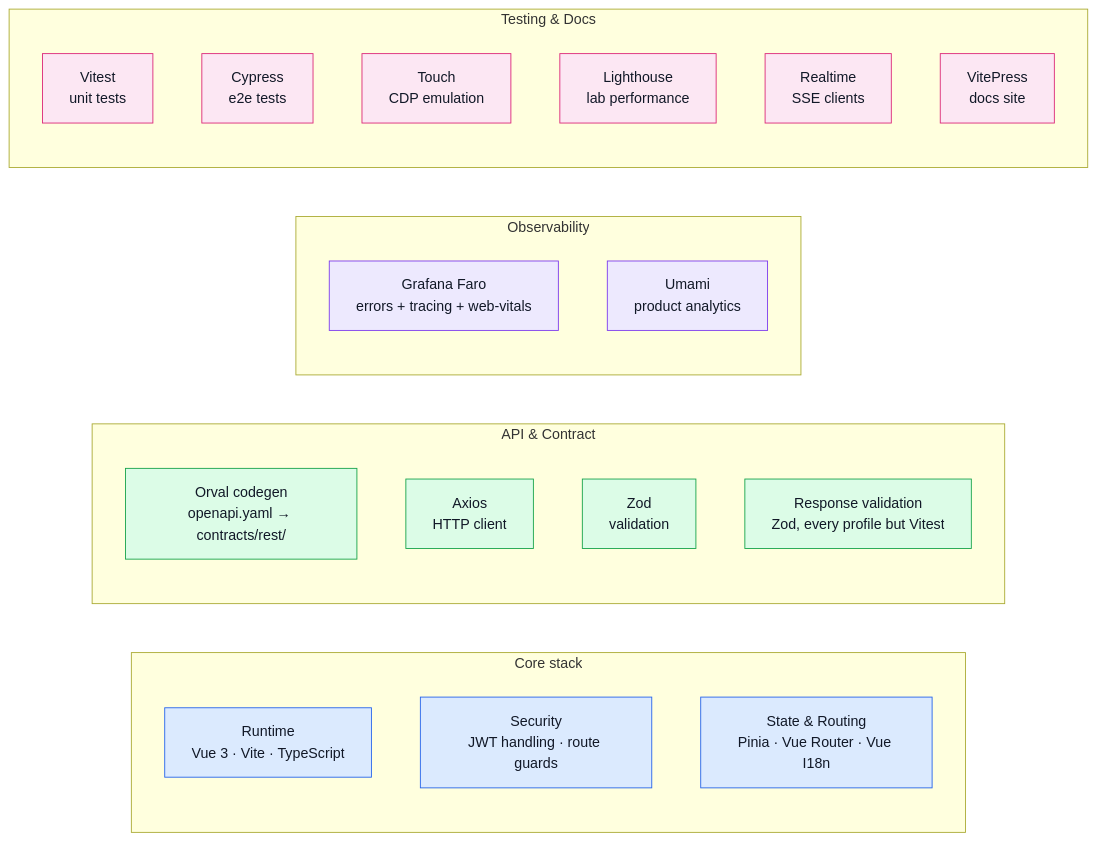
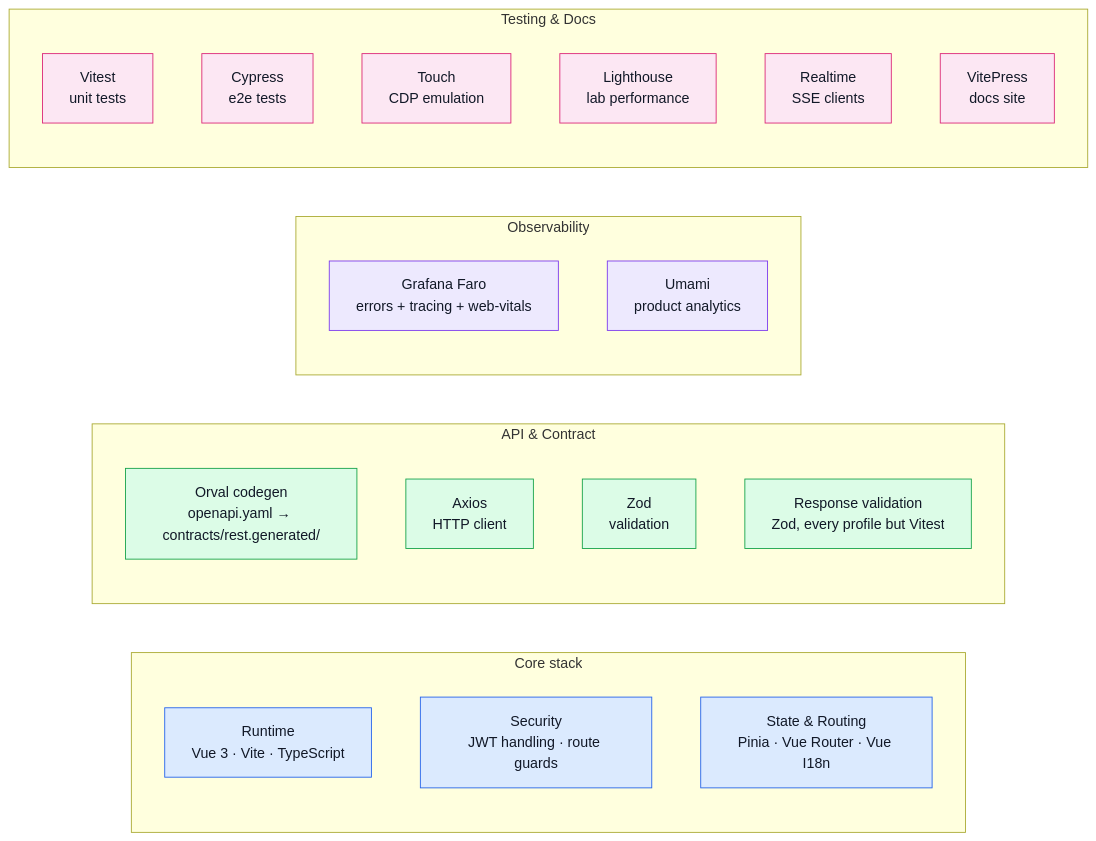
One commit to Guebbit/boilerplate-vue-frontend changed the diagram in docs/tools/index.md. Above: the diagram before and after it, drawn with Mermaid. The commit also changed 99 other files, not shown here.

First line of the commit message:
refactor(contracts): mark every generated output with a .generated name

````diff
--- a/docs/tools/index.md
+++ b/docs/tools/index.md
@@ -9,39 +9,39 @@
 ```mermaid
 %%{init: {'flowchart': {'nodeSpacing': 55, 'rankSpacing': 75}}}%%
 flowchart LR
     subgraph Core["Core stack"]
         Runtime[Runtime\nVue 3 · Vite · TypeScript]
         Security[Security\nJWT handling · route guards]
         StateRouting[State & Routing\nPinia · Vue Router · Vue I18n]
     end
 
     subgraph API["API & Contract"]
-        Orval[Orval codegen\nopenapi.yaml → contracts/rest/]
+        Orval[Orval codegen\nopenapi.yaml → contracts/rest.generated/]
         Axios[Axios\nHTTP client]
         Zod[Zod\nvalidation]
         Validate[Response validation\nZod, every profile but Vitest]
     end
 
     subgraph Obs["Observability"]
         Faro[Grafana Faro\nerrors + tracing + web-vitals]
         Umami[Umami\nproduct analytics]
     end
 
     subgraph Testing["Testing & Docs"]
         Vitest[Vitest\nunit tests]
         Cypress[Cypress\ne2e tests]
         Touch[Touch\nCDP emulation]
         Lighthouse[Lighthouse\nlab performance]
         Realtime[Realtime\nSSE clients]
         VitePress[VitePress\ndocs site]
     end
 
     classDef core fill:#dbeafe,stroke:#2563eb,color:#111827;
     classDef api fill:#dcfce7,stroke:#16a34a,color:#111827;
     classDef obs fill:#ede9fe,stroke:#7c3aed,color:#111827;
     classDef test fill:#fce7f3,stroke:#db2777,color:#111827;
     class Runtime,Security,StateRouting core;
     class Orval,Axios,Zod,Validate api;
     class Faro,Umami obs;
     class Vitest,Cypress,Touch,Lighthouse,Realtime,VitePress test;
 ```
````
